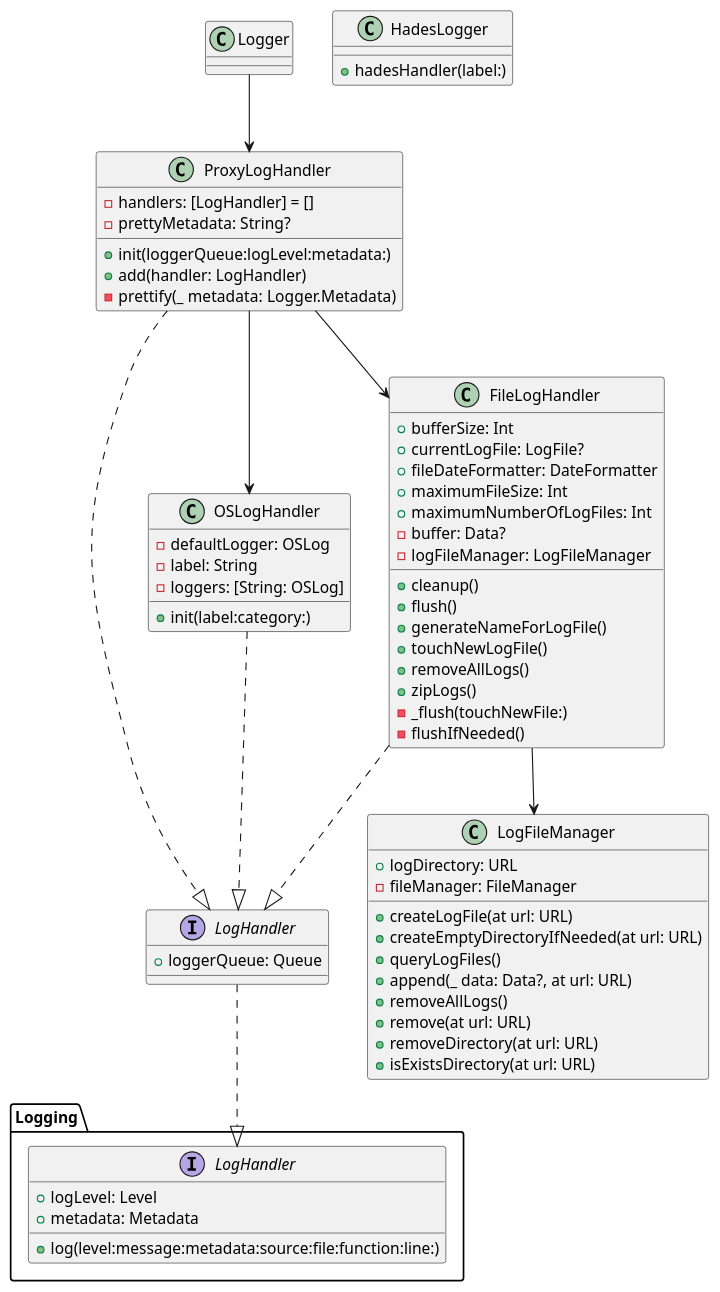
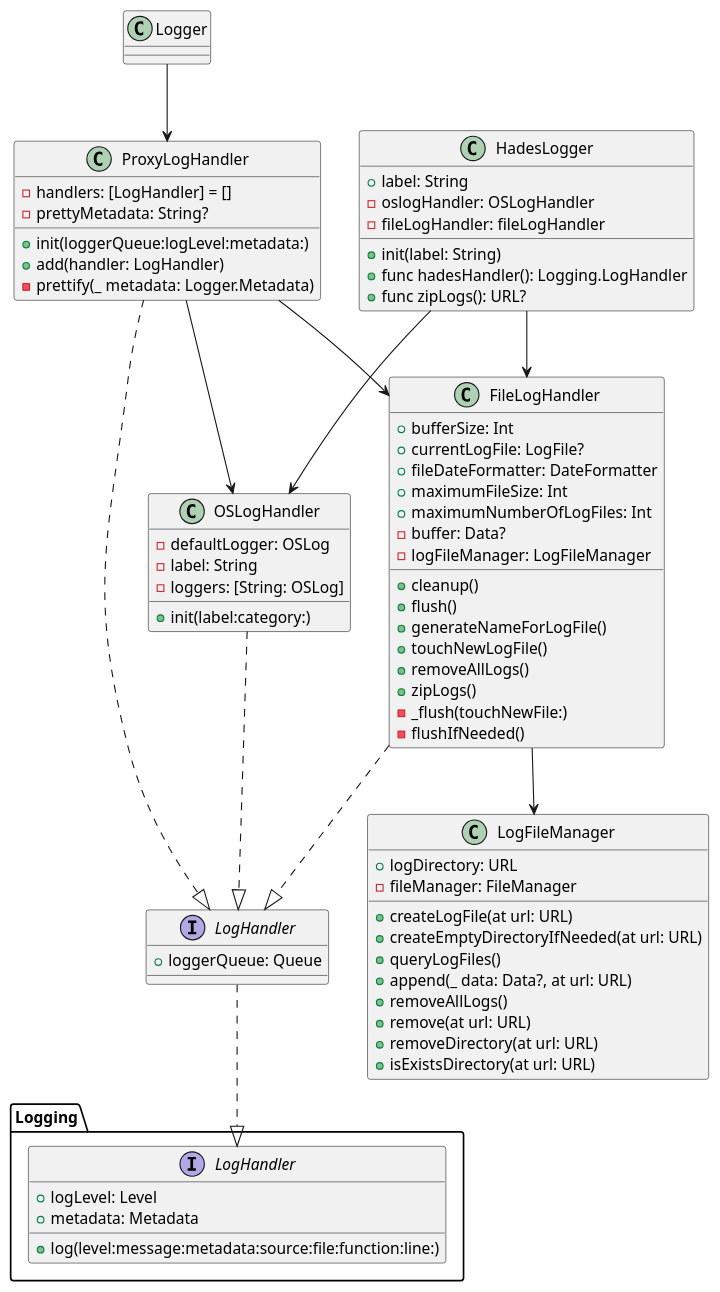
One commit to hugo-h-tang/hades-logger changed the diagram in docs/01.class_diagram.puml. Above: the diagram before and after it, drawn with PlantUML. The commit also changed 6 other files, not shown here.

First line of the commit message:
Feat/doc zip logs (#2)

```diff
--- a/docs/01.class_diagram.puml
+++ b/docs/01.class_diagram.puml
@@ -1,71 +1,79 @@
 @startuml
 interface Logging.LogHandler {
   +logLevel: Level
   +metadata: Metadata
 
   +log(level:message:metadata:source:file:function:line:)
 }
 interface LogHandler {
   +loggerQueue: Queue
 }
 class Logger
 class HadesLogger {
-  + hadesHandler(label:)
+  + label: String
+  - oslogHandler: OSLogHandler
+  - fileLogHandler: fileLogHandler
+
+  + init(label: String)
+  + func hadesHandler(): Logging.LogHandler
+  + func zipLogs(): URL?
 }
 class ProxyLogHandler {
   - handlers: [LogHandler] = []
   - prettyMetadata: String?
 
   + init(loggerQueue:logLevel:metadata:)
   + add(handler: LogHandler)
   - prettify(_ metadata: Logger.Metadata)
 }
 class OSLogHandler {
   - defaultLogger: OSLog
   - label: String
   - loggers: [String: OSLog]
 
   + init(label:category:)
 }
 class FileLogHandler {
   + bufferSize: Int
   + currentLogFile: LogFile?
   + fileDateFormatter: DateFormatter
   + maximumFileSize: Int
   + maximumNumberOfLogFiles: Int
   - buffer: Data?
   - logFileManager: LogFileManager
 
   + cleanup()
   + flush()
   + generateNameForLogFile()
   + touchNewLogFile()
   + removeAllLogs()
   + zipLogs()
   - _flush(touchNewFile:)
   - flushIfNeeded()
 }
 class LogFileManager {
   + logDirectory: URL
   - fileManager: FileManager
 
   + createLogFile(at url: URL)
   + createEmptyDirectoryIfNeeded(at url: URL)
   + queryLogFiles()
   + append(_ data: Data?, at url: URL)
   + removeAllLogs()
   + remove(at url: URL)
   + removeDirectory(at url: URL)
   + isExistsDirectory(at url: URL)
 }
 
+HadesLogger --> OSLogHandler
+HadesLogger --> FileLogHandler
 LogHandler ..|> Logging.LogHandler
 Logger --> ProxyLogHandler
 ProxyLogHandler ..|> LogHandler
 OSLogHandler ..|> LogHandler
 FileLogHandler ..|> LogHandler
 FileLogHandler --> LogFileManager
 ProxyLogHandler --> OSLogHandler
 ProxyLogHandler -->  FileLogHandler
 
 @enduml
```
